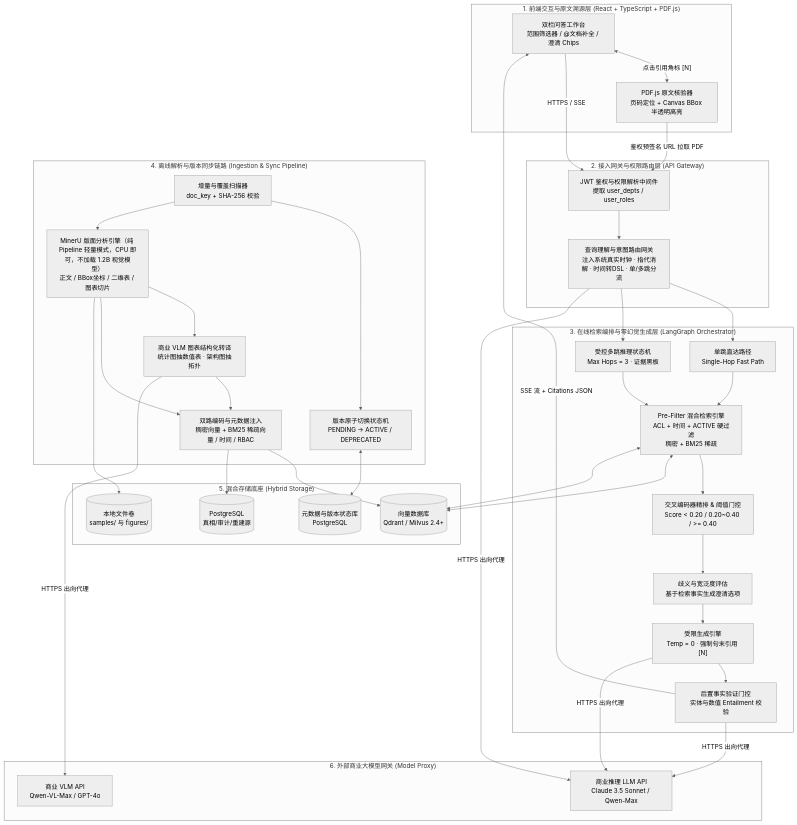
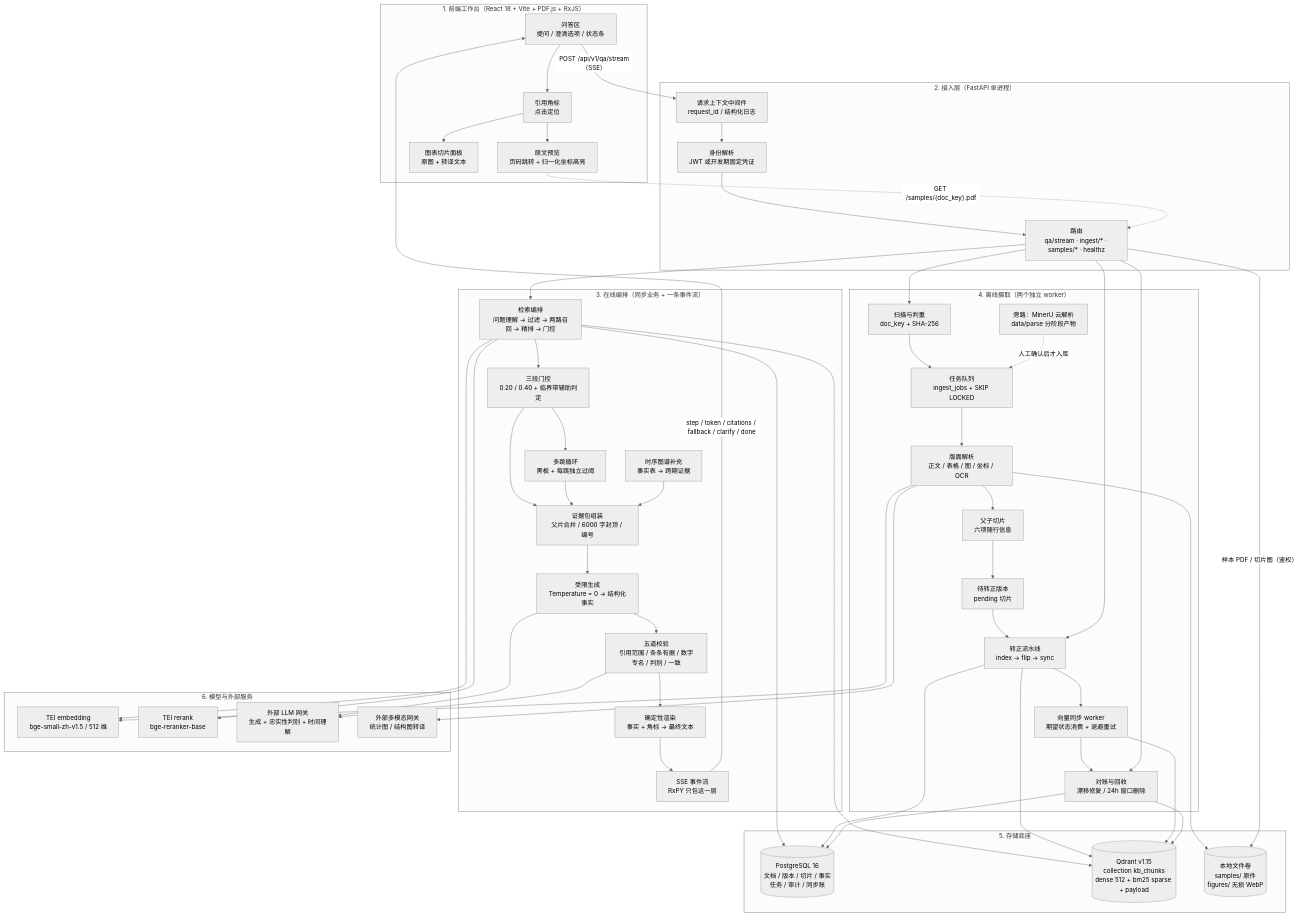
One commit to kvchen95/ai-rag changed the first of 8 diagrams in 架构图集.md. Above: the diagram before and after it, drawn with Mermaid (neutral theme). The commit also changed other lines of this file and 4 other files, not shown here.

First line of the commit message:
docs: 按当前实现重写架构图集、概要设计与详细设计

````diff
--- a/架构图集.md
+++ b/架构图集.md
@@ -21,76 +29,96 @@
 ```mermaid
 flowchart TB
-    subgraph ClientLayer ["1. 前端交互与原文溯源层 (React + TypeScript + PDF.js)"]
-        UI_Chat["双栏问答工作台<br/>范围筛选器 / @文档补全 / 澄清 Chips"]
-        UI_PDF["PDF.js 原文核验器<br/>页码定位 + Canvas BBox 半透明高亮"]
-        UI_Chat <-->|"点击引用角标 [N]"| UI_PDF
+    subgraph L1["1. 前端工作台（React 18 + Vite + PDF.js + RxJS）"]
+        UI_CHAT["问答区<br/>提问 / 澄清选项 / 状态条"]
+        UI_CITE["引用角标<br/>点击定位"]
+        UI_PDF["原文预览<br/>页码跳转 + 归一化坐标高亮"]
+        UI_FIG["图表切片面板<br/>原图 + 转译文本"]
+        UI_CHAT --> UI_CITE
+        UI_CITE --> UI_PDF
+        UI_CITE --> UI_FIG
     end
 
-    subgraph GatewayLayer ["2. 接入网关与权限路由层 (API Gateway)"]
-        AuthMW["JWT 鉴权与权限解析中间件<br/>提取 user_depts / user_roles"]
-        Router["查询理解与意图路由网关<br/>注入系统真实时钟 · 指代消解 · 时间转DSL · 单/多跳分流"]
-        AuthMW --> Router
+    subgraph L2["2. 接入层（FastAPI 单进程）"]
+        MW["请求上下文中间件<br/>request_id / 结构化日志"]
+        AUTH["身份解析<br/>JWT 或开发期固定凭证"]
+        ROUTES["路由<br/>qa/stream · ingest/* · samples/* · healthz"]
+        MW --> AUTH --> ROUTES
     end
 
-    subgraph InferenceLayer ["3. 在线检索编排与零幻觉生成层 (LangGraph Orchestrator)"]
-        FastPath["单跳直达路径<br/>Single-Hop Fast Path"]
-        MultiHop["受控多跳推理状态机<br/>Max Hops = 3 · 证据黑板"]
-        HybridSearch["Pre-Filter 混合检索引擎<br/>ACL + 时间 + ACTIVE 硬过滤<br/>稠密 + BM25 稀疏"]
-        RerankGate["交叉编码器精排 & 阈值门控<br/>Score < 0.20 / 0.20~0.40 / >= 0.40"]
-        Ambiguity["歧义与宽泛度评估<br/>基于检索事实生成澄清选项"]
-        GenLLM["受限生成引擎<br/>Temp = 0 · 强制句末引用 [N]"]
-        NLIGate["后置事实验证门控<br/>实体与数值 Entailment 校验"]
+    subgraph L3["3. 在线编排（同步业务 + 一条事件流）"]
+        PIPE["检索编排<br/>问题理解 → 过滤 → 两路召回 → 精排 → 门控"]
+        GATE["三段门控<br/>0.20 / 0.40 + 临界带辅助判定"]
+        MULTI["多跳循环<br/>黑板 + 每跳独立过阈"]
+        TG["时序图谱补充<br/>事实表 → 跨期证据"]
+        EVID["证据包组装<br/>父片合并 / 6000 字封顶 / 编号"]
+        GEN["受限生成<br/>Temperature = 0 → 结构化事实"]
+        VERIFY["五道校验<br/>引用范围 / 条条有据 / 数字专名 / 判别 / 一致"]
+        RENDER["确定性渲染<br/>事实 + 角标 → 最终文本"]
+        STREAM["SSE 事件流<br/>RxPY 只包这一层"]
 
-        FastPath --> HybridSearch
-        MultiHop --> HybridSearch
-        HybridSearch --> RerankGate
-        RerankGate --> Ambiguity
-        Ambiguity --> GenLLM
-        GenLLM --> NLIGate
+        PIPE --> GATE
+        GATE --> MULTI
+        GATE --> EVID
+        MULTI --> EVID
+        TG --> EVID
+        EVID --> GEN
+        GEN --> VERIFY
+        VERIFY --> RENDER
+        RENDER --> STREAM
     end
 
-    subgraph IngestionLayer ["4. 离线解析与版本同步链路 (Ingestion & Sync Pipeline)"]
-        Scanner["增量与覆盖扫描器<br/>doc_key + SHA-256 校验"]
-        VersionSM["版本原子切换状态机<br/>PENDING -> ACTIVE / DEPRECATED"]
-        MinerU["MinerU 版面分析引擎（纯 Pipeline 轻量模式，CPU 即可，不加载 1.2B 视觉模型）<br/>正文 / BBox坐标 / 二维表 / 图表切片"]
-        VLM_Pipe["商业 VLM 图表结构化转译<br/>统计图抽数值表 · 架构图抽拓扑"]
-        Embedder["双路编码与元数据注入<br/>稠密向量 + BM25 稀疏向量 / 时间 / RBAC"]
+    subgraph L4["4. 离线摄取（两个独立 worker）"]
+        SCAN["扫描与判重<br/>doc_key + SHA-256"]
+        JOBS["任务队列<br/>ingest_jobs + SKIP LOCKED"]
+        PARSE["版面解析<br/>正文 / 表格 / 图 / 坐标 / OCR"]
+        CHUNK["父子切片<br/>六项随行信息"]
+        PENDING["待转正版本<br/>pending 切片"]
+        PROMOTE["转正流水线<br/>index → flip → sync"]
+        SYNCW["向量同步 worker<br/>期望状态消费 + 退避重试"]
+        RECON["对账与回收<br/>漂移修复 / 24h 窗口删除"]
+        MINERU["旁路：MinerU 云解析<br/>data/parse 分阶段产物"]
 
-        Scanner --> VersionSM
-        Scanner --> MinerU
-        MinerU --> VLM_Pipe
-        MinerU --> Embedder
-        VLM_Pipe --> Embedder
+        SCAN --> JOBS --> PARSE --> CHUNK --> PENDING
+        PENDING --> PROMOTE
+        PROMOTE --> SYNCW
+        SYNCW --> RECON
+        MINERU -.人工确认后才入库.-> JOBS
     end
 
-    subgraph StorageLayer ["5. 混合存储底座 (Hybrid Storage)"]
-        Qdrant[("向量数据库<br/>Qdrant / Milvus 2.4+")]
-        PGStore[("PostgreSQL<br/>真相/审计/重建源")]
-        PG[("元数据与版本状态库<br/>PostgreSQL")]
-        FS[("本地文件卷<br/>samples/ 与 figures/")]
+    subgraph L5["5. 存储底座"]
+        PG[("PostgreSQL 16<br/>文档 / 版本 / 切片 / 事实<br/>任务 / 审计 / 同步账")]
+        QD[("Qdrant v1.15<br/>collection kb_chunks<br/>dense 512 + bm25 sparse + payload")]
+        FS[("本地文件卷<br/>samples/ 原件<br/>figures/ 无损 WebP")]
     end
 
-    subgraph ExternalAI ["6. 外部商业大模型网关 (Model Proxy)"]
-        VLM_API["商业 VLM API<br/>Qwen-VL-Max / GPT-4o"]
-        LLM_API["商业推理 LLM API<br/>Claude 3.5 Sonnet / Qwen-Max"]
+    subgraph L6["6. 模型与外部服务"]
+        EMB["TEI embedding<br/>bge-small-zh-v1.5 / 512 维"]
+        RRK["TEI rerank<br/>bge-reranker-base"]
+        LLMG["外部 LLM 网关<br/>生成 + 忠实性判别 + 时间理解"]
+        VLMG["外部多模态网关<br/>统计图 / 结构图转译"]
     end
 
-    UI_Chat -->|"HTTPS / SSE"| AuthMW
-    NLIGate -->|"SSE 流 + Citations JSON"| UI_Chat
-    UI_PDF -->|"鉴权预签名 URL 拉取 PDF"| AuthMW
+    UI_CHAT -->|"POST /api/v1/qa/stream（SSE）"| MW
+    ROUTES --> PIPE
+    ROUTES --> SCAN
+    ROUTES --> PROMOTE
+    ROUTES --> RECON
+    STREAM -->|"step / token / citations / fallback / clarify / done"| UI_CHAT
 
-    Router --> FastPath
-    Router --> MultiHop
-
-    HybridSearch <--> Qdrant
-    HybridSearch <--> Qdrant
-    Embedder --> Qdrant
-    Embedder --> PGStore
-    VersionSM <--> PG
-    MinerU --> FS
-
-    VLM_Pipe -->|"HTTPS 出向代理"| VLM_API
-    Router -->|"HTTPS 出向代理"| LLM_API
-    GenLLM -->|"HTTPS 出向代理"| LLM_API
-    NLIGate -->|"HTTPS 出向代理"| LLM_API
+    PIPE --> EMB
+    PIPE --> QD
+    PIPE --> PG
+    PIPE --> RRK
+    GEN --> LLMG
+    VERIFY --> LLMG
+    PARSE --> VLMG
+    PARSE --> FS
+    PARSE --> EMB
+    PROMOTE --> QD
+    PROMOTE --> PG
+    SYNCW --> QD
+    RECON --> QD
+    RECON --> PG
+    ROUTES -->|"样本 PDF / 切片图（鉴权）"| FS
+    UI_PDF -.->|"GET /samples/{doc_key}.pdf"| ROUTES
 ```
````
